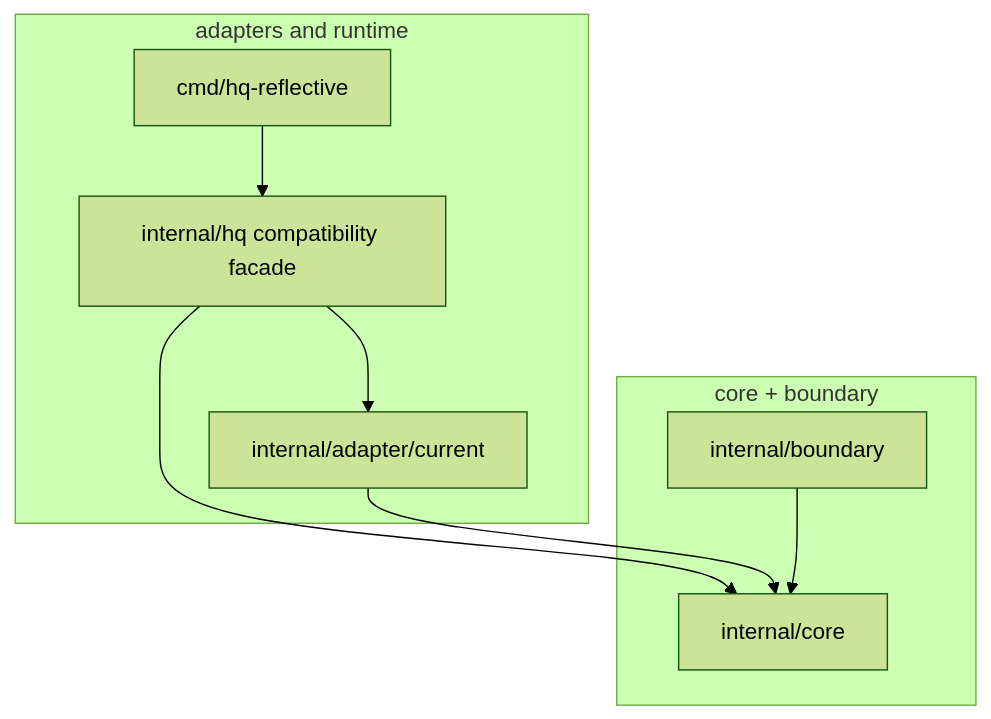
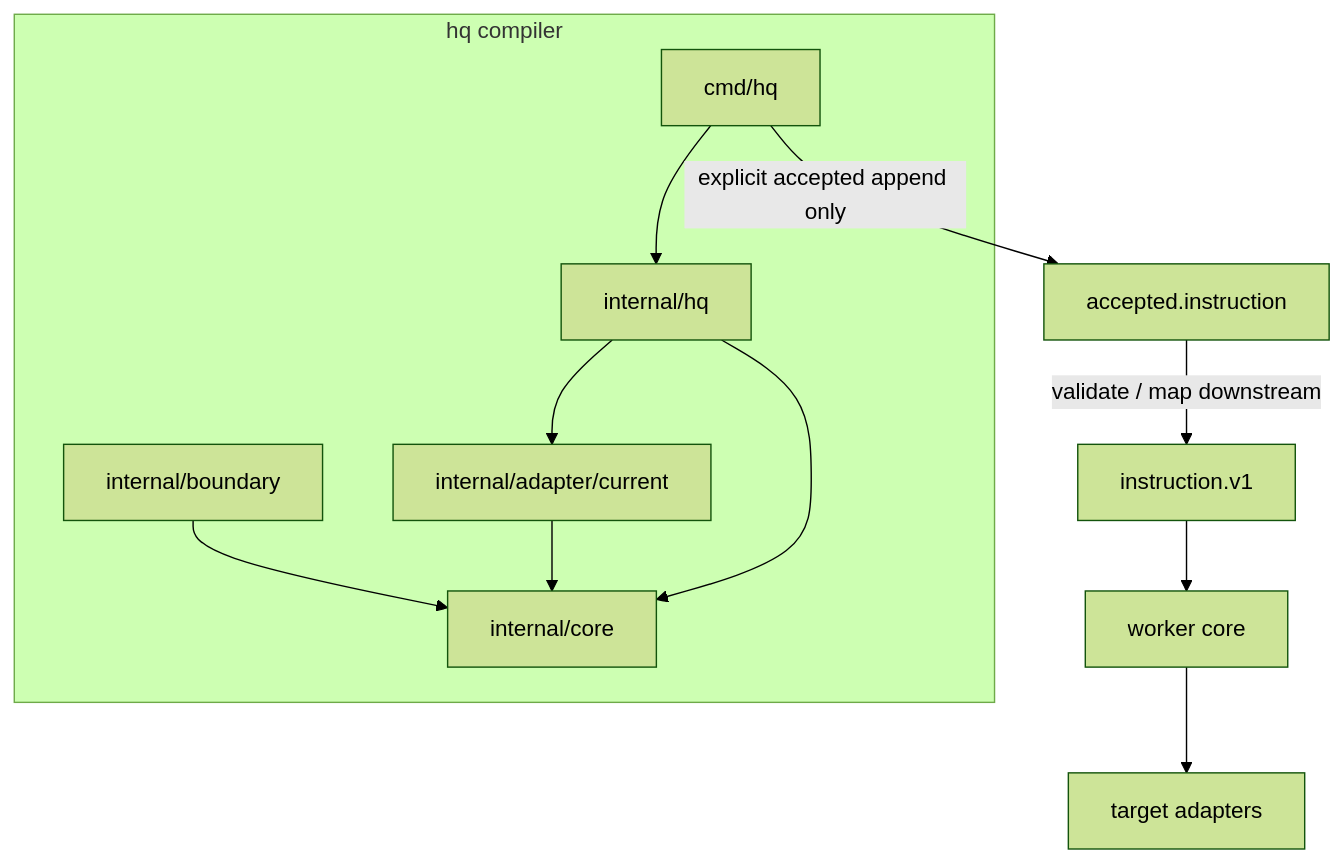
The first of 2 diagrams in docs/architecture/core-port-adapter-boundary.md (roccho-dev/hq), drawn with Mermaid (forest theme) before and after one commit. The commit also changed other lines of this file, not shown here.

Commit message:
Rebase A architecture boundary onto worker contracts

````diff
--- a/docs/architecture/core-port-adapter-boundary.md
+++ b/docs/architecture/core-port-adapter-boundary.md
@@ -30,19 +37,25 @@
 ```mermaid
 flowchart TD
-  subgraph CorePort["core + boundary"]
+  subgraph Compiler["hq compiler"]
     Core["internal/core"]
     Boundary["internal/boundary"]
+    Current["internal/adapter/current"]
+    Facade["internal/hq"]
+    CLI["cmd/hq"]
   end
 
-  subgraph Edge["adapters and runtime"]
-    Current["internal/adapter/current"]
-    Facade["internal/hq compatibility facade"]
-    CLI["cmd/hq-reflective"]
-  end
+  Envelope["accepted.instruction"]
+  Canonical["instruction.v1"]
+  Worker["worker core"]
+  Adapters["target adapters"]
 
+  Boundary --> Core
   Current --> Core
-  Boundary --> Core
   Facade --> Core
   Facade --> Current
   CLI --> Facade
+  CLI -->|"explicit accepted append only"| Envelope
+  Envelope -->|"validate / map downstream"| Canonical
+  Canonical --> Worker
+  Worker --> Adapters
 ```
````
